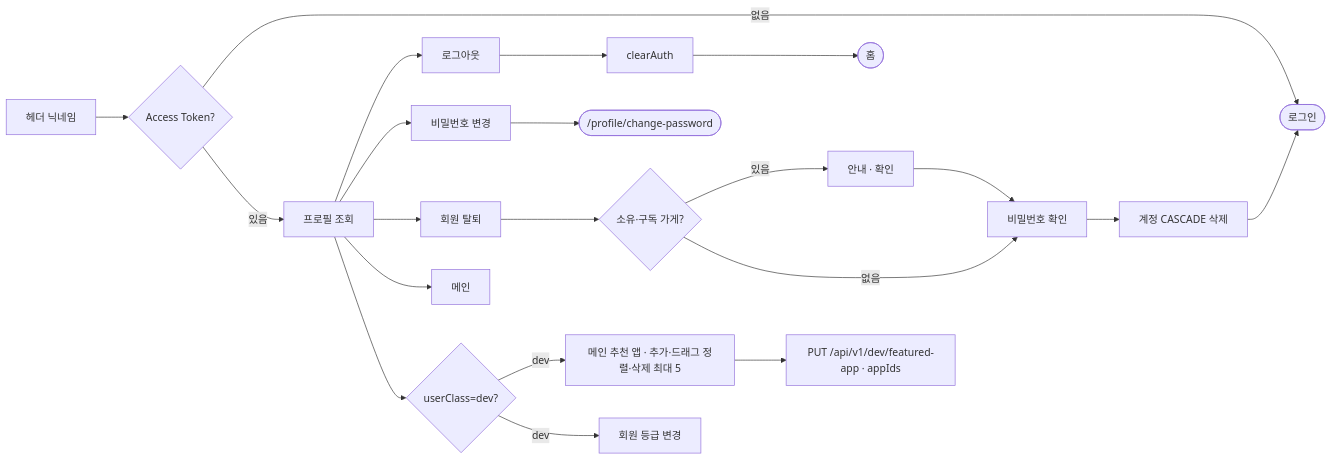
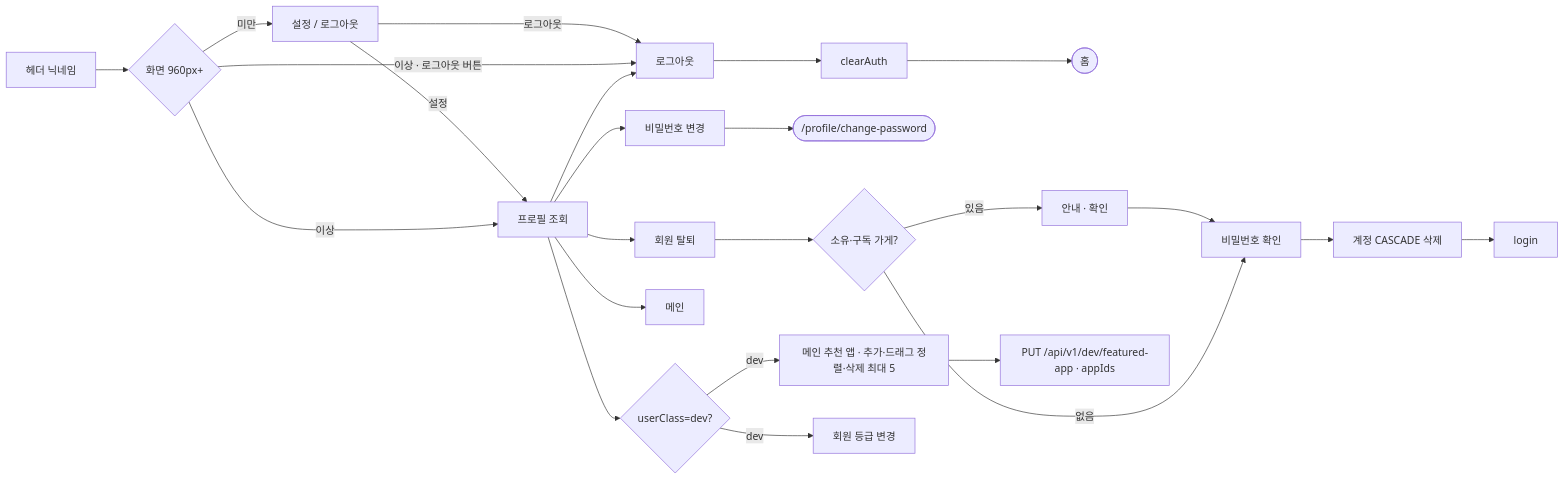
The seventh of 26 diagrams in docs/PBB-유저-흐름도.md (ohdeg/PBB), drawn with Mermaid before and after one commit. The commit also changed other lines of this file and 94 other files, not shown here.

Commit message:
Ship Veveno schedule versions, stock usage hints, dark theme, and mobile account menu.

````diff
--- a/docs/PBB-유저-흐름도.md
+++ b/docs/PBB-유저-흐름도.md
@@ -121,23 +121,26 @@
 ```mermaid
 flowchart LR
-    nickClick[헤더 닉네임] --> hasToken{Access Token?}
-    hasToken -->|"없음"| login([로그인])
-    hasToken -->|"있음"| profile[프로필 조회]
-    profile --> logout[로그아웃]
+    nickClick[헤더 닉네임] --> width{화면 960px+}
+    width -->|"미만"| accountMenu[설정 / 로그아웃]
+    accountMenu -->|"설정"| profile[프로필 조회]
+    accountMenu -->|"로그아웃"| logout[로그아웃]
+    width -->|"이상"| profile
+    width -->|"이상 · 로그아웃 버튼"| logout
+    profile --> logout
     logout --> clear[clearAuth]
     clear --> home([홈])
     profile --> changePw[비밀번호 변경]
     changePw --> changePwPage(["/profile/change-password"])
     profile --> withdraw[회원 탈퇴]
     withdraw --> veveno{소유·구독 가게?}
     veveno -->|"있음"| warn[안내 · 확인]
     warn --> pw[비밀번호 확인]
     veveno -->|"없음"| pw
     pw --> deleted[계정 CASCADE 삭제]
     deleted --> login
     profile --> homeLink[메인]
     profile --> devPanel{userClass=dev?}
     devPanel -->|"dev"| featuredSet[메인 추천 앱 · 추가·드래그 정렬·삭제 최대 5]
     devPanel -->|"dev"| classSet[회원 등급 변경]
     featuredSet --> featuredSave[PUT /api/v1/dev/featured-app · appIds]
 ```
````
